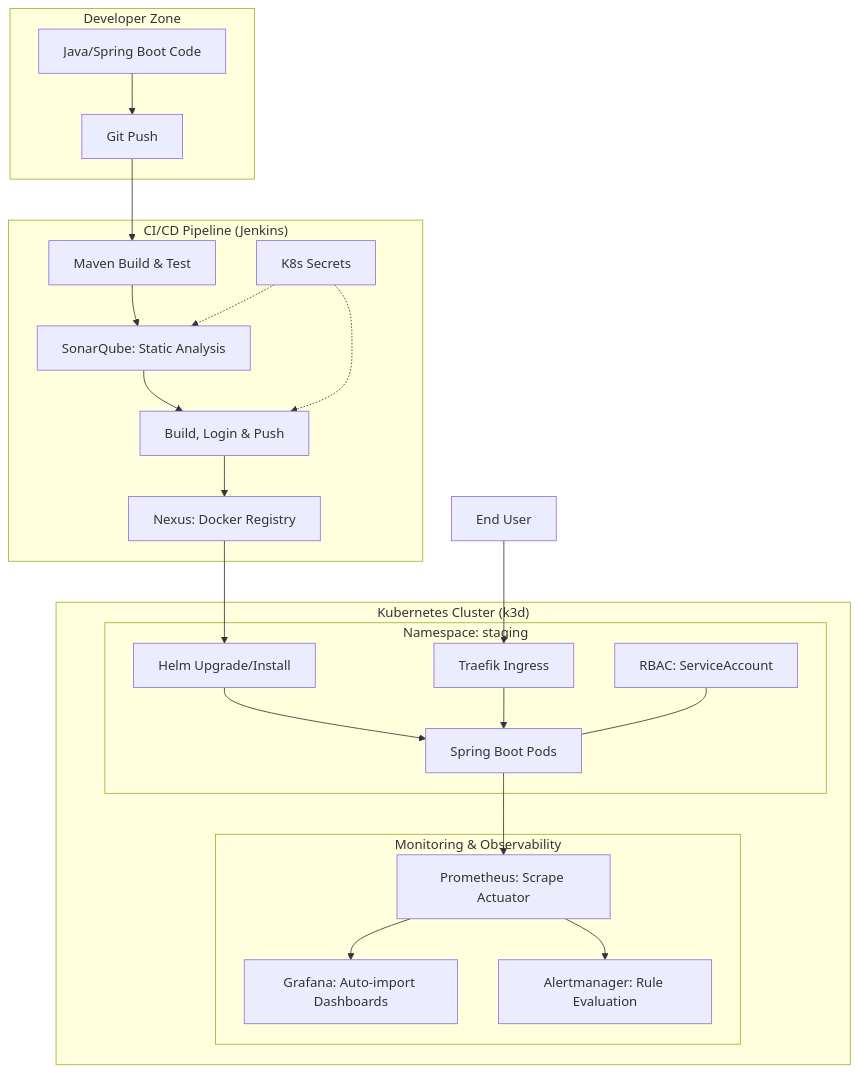
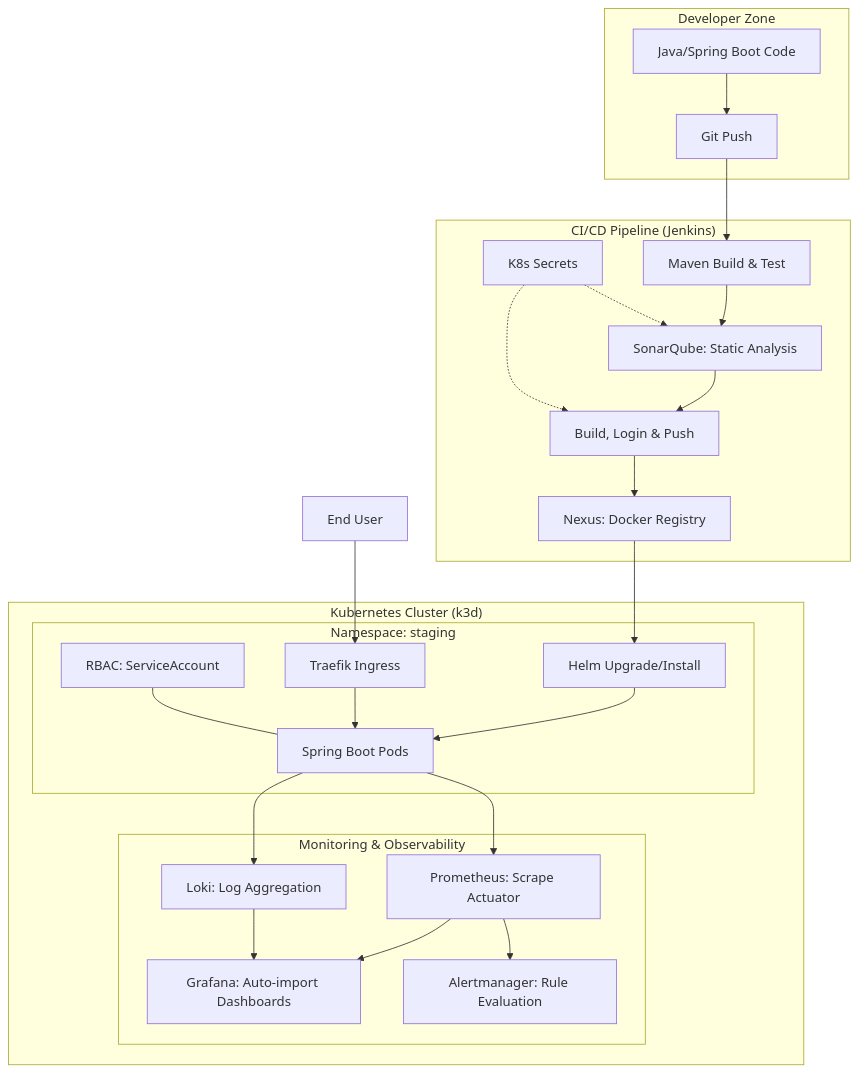
One commit to dawidbera/devops-observability-platform changed the diagram in README.md. Above: the diagram before and after it, drawn with Mermaid. The commit also changed other lines of this file and 5 other files, not shown here.

````diff
--- a/README.md
+++ b/README.md
@@ -7,33 +7,35 @@
 ```mermaid
 graph TD
     subgraph "Developer Zone"
         Code[Java/Spring Boot Code] --> Commit[Git Push]
     end
 
     subgraph "CI/CD Pipeline (Jenkins)"
         Commit --> Build[Maven Build & Test]
         Build --> Scan[SonarQube: Static Analysis]
         Scan --> Docker[Build, Login & Push]
         Docker --> Nexus[Nexus: Docker Registry]
         Secrets[K8s Secrets] -.-> Scan
         Secrets -.-> Docker
     end
 
     subgraph "Kubernetes Cluster (k3d)"
         Nexus --> Deploy[Helm Upgrade/Install]
         
         subgraph "Namespace: staging"
             Deploy --> Pods[Spring Boot Pods]
             Ingress[Traefik Ingress] --> Pods
             SA[RBAC: ServiceAccount] --- Pods
         end
         
         subgraph "Monitoring & Observability"
             Pods --> Prometheus[Prometheus: Scrape Actuator]
+            Pods --> Loki[Loki: Log Aggregation]
             Prometheus --> Grafana[Grafana: Auto-import Dashboards]
+            Loki --> Grafana
             Prometheus --> Alerts[Alertmanager: Rule Evaluation]
         end
     end
 
     User[End User] --> Ingress
 ```
````
